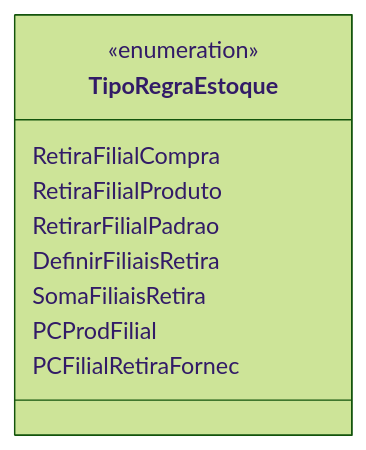
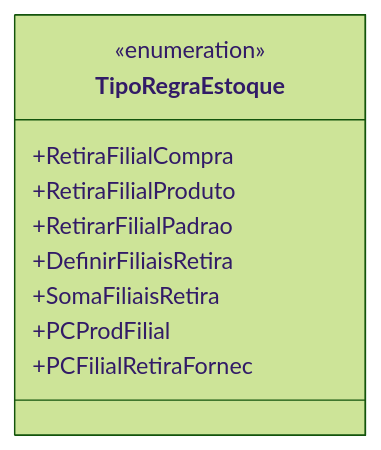
Before and after one commit to IsthmusSistemas/documentacao-tecnica: the diagram in docs/b2b-dominio/IsthmusWinthor.Nucleo/IsthmusWinthor.Dominio/Enumeradores/TipoRegraEstoque.md, drawn with Mermaid (forest theme). The commit also changed other lines of this file and 882 other files, not shown here.

````diff
--- a/docs/b2b-dominio/IsthmusWinthor.Nucleo/IsthmusWinthor.Dominio/Enumeradores/TipoRegraEstoque.md
+++ b/docs/b2b-dominio/IsthmusWinthor.Nucleo/IsthmusWinthor.Dominio/Enumeradores/TipoRegraEstoque.md
@@ -20,13 +21,13 @@
 ```mermaid
 classDiagram
     class TipoRegraEstoque {
-        <<enumeration>>
-        RetiraFilialCompra
-        RetiraFilialProduto
-        RetirarFilialPadrao
-        DefinirFiliaisRetira
-        SomaFiliaisRetira
-        PCProdFilial
-        PCFilialRetiraFornec
+      <<enumeration>>
+      +RetiraFilialCompra
+      +RetiraFilialProduto
+      +RetirarFilialPadrao
+      +DefinirFiliaisRetira
+      +SomaFiliaisRetira
+      +PCProdFilial
+      +PCFilialRetiraFornec
     }
 ```
````
